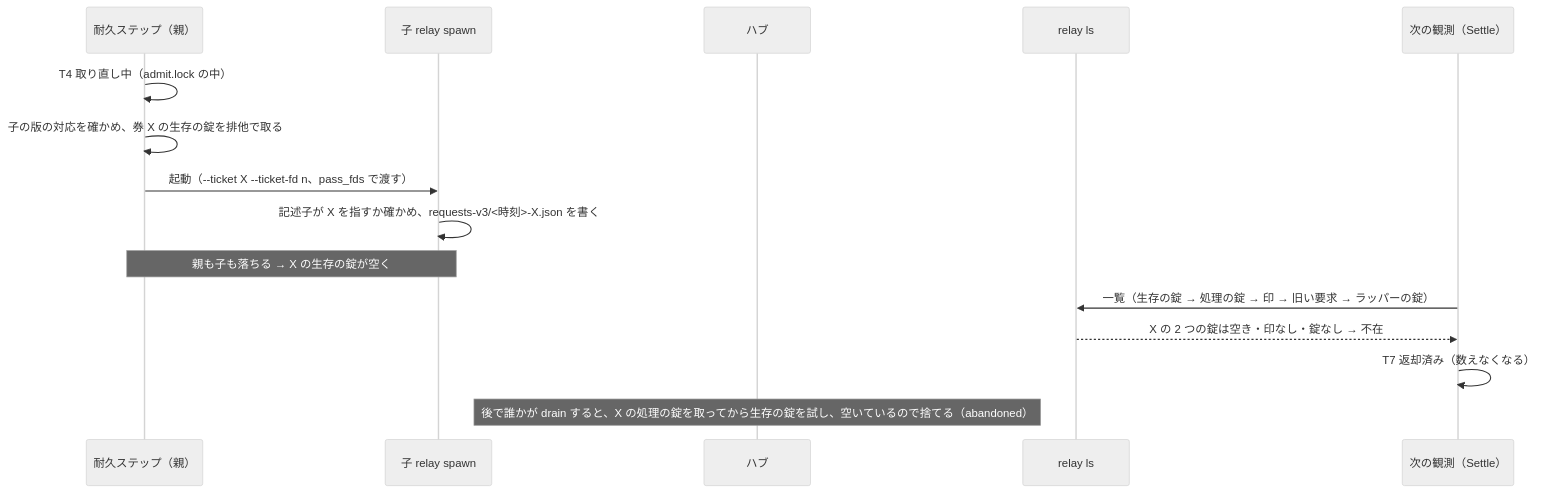
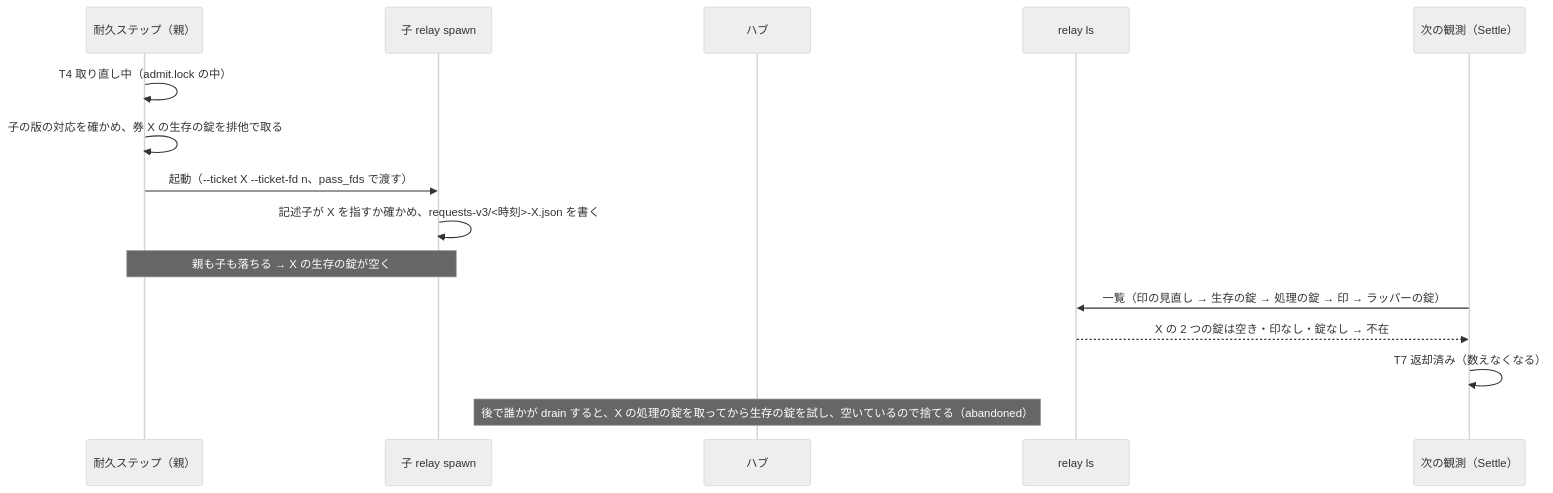
The third of 3 diagrams in issues/issue-4103-design.md (devbasex/ai-plugins), drawn with Mermaid (neutral theme) before and after one commit. The commit also changed other lines of this file and 2 other files, not shown here.

````diff
--- a/issues/issue-4103-design.md
+++ b/issues/issue-4103-design.md
@@ -218,17 +233,17 @@
 ```mermaid
 sequenceDiagram
   participant WF as 耐久ステップ（親）
   participant CH as 子 relay spawn
   participant HB as ハブ
   participant LS as relay ls
   participant WF2 as 次の観測（Settle）
   WF->>WF: T4 取り直し中（admit.lock の中）
   WF->>WF: 子の版の対応を確かめ、券 X の生存の錠を排他で取る
   WF->>CH: 起動（--ticket X --ticket-fd n、pass_fds で渡す）
   CH->>CH: 記述子が X を指すか確かめ、requests-v3/<時刻>-X.json を書く
   Note over WF,CH: 親も子も落ちる → X の生存の錠が空く
-  WF2->>LS: 一覧（生存の錠 → 処理の錠 → 印 → 旧い要求 → ラッパーの錠）
+  WF2->>LS: 一覧（印の見直し → 生存の錠 → 処理の錠 → 印 → ラッパーの錠）
   LS-->>WF2: X の 2 つの錠は空き・印なし・錠なし → 不在
   WF2->>WF2: T7 返却済み（数えなくなる）
   Note over HB: 後で誰かが drain すると、X の処理の錠を取ってから生存の錠を試し、空いているので捨てる（abandoned）
 ```
````
